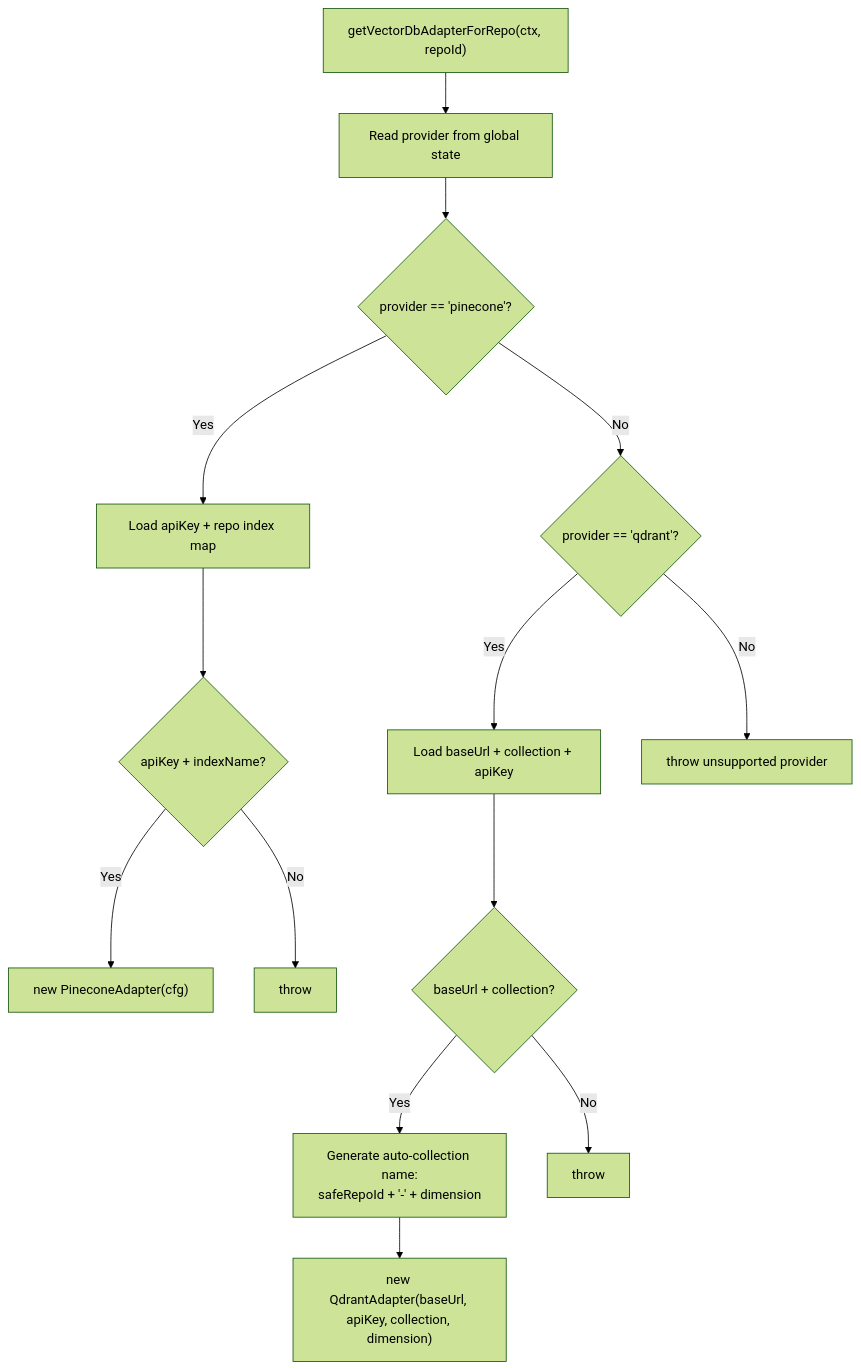
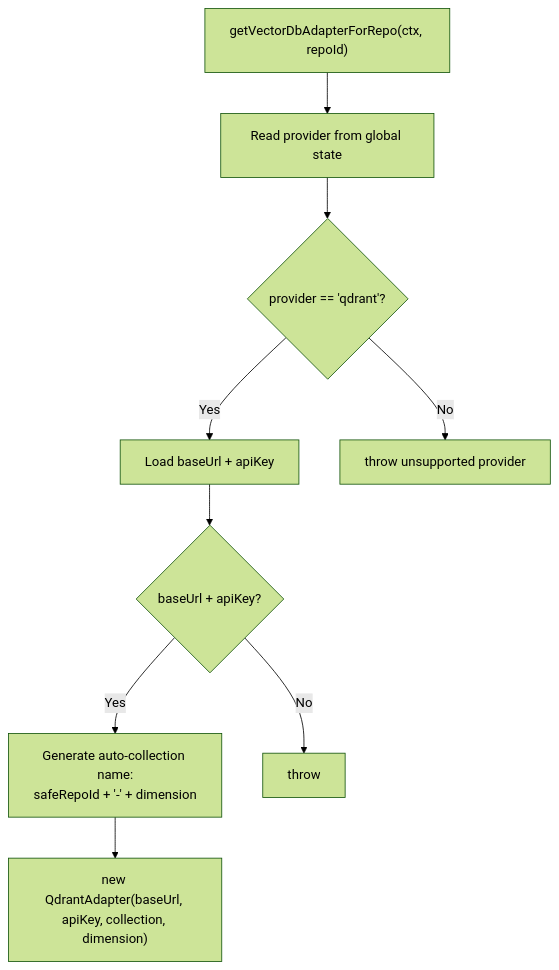
One commit to bramburn/repomix-runner changed the fifth of 9 diagrams in .qoder/repowiki/en/content/Indexing and Search System/Vector Database Adapters.md. Above: the diagram before and after it, drawn with Mermaid (forest theme). The commit also changed other lines of this file and 9 other files, not shown here.

````diff
--- a/.qoder/repowiki/en/content/Indexing and Search System/Vector Database Adapters.md
+++ b/.qoder/repowiki/en/content/Indexing and Search System/Vector Database Adapters.md
@@ -280,16 +226,11 @@
 ```mermaid
 flowchart TD
 A["getVectorDbAdapterForRepo(ctx, repoId)"] --> ReadProv["Read provider from global state"]
-ReadProv --> IsPinecone{"provider == 'pinecone'?"}
-IsPinecone --> |Yes| PC["Load apiKey + repo index map"]
-PC --> PCValid{"apiKey + indexName?"}
-PCValid --> |Yes| MakePC["new PineconeAdapter(cfg)"]
-PCValid --> |No| ErrPC["throw"]
-IsPinecone --> |No| IsQdrant{"provider == 'qdrant'?"}
-IsQdrant --> |Yes| QCfg["Load baseUrl + collection + apiKey"]
-QCfg --> QValid{"baseUrl + collection?"}
+ReadProv --> IsQdrant{"provider == 'qdrant'?"}
+IsQdrant --> |Yes| QCfg["Load baseUrl + apiKey"]
+QCfg --> QValid{"baseUrl + apiKey?"}
 QValid --> |Yes| AutoGen["Generate auto-collection name:<br/>safeRepoId + '-' + dimension"]
 AutoGen --> MakeQ["new QdrantAdapter(baseUrl, apiKey, collection, dimension)"]
 QValid --> |No| ErrQ["throw"]
 IsQdrant --> |No| ErrProv["throw unsupported provider"]
 ```
````
